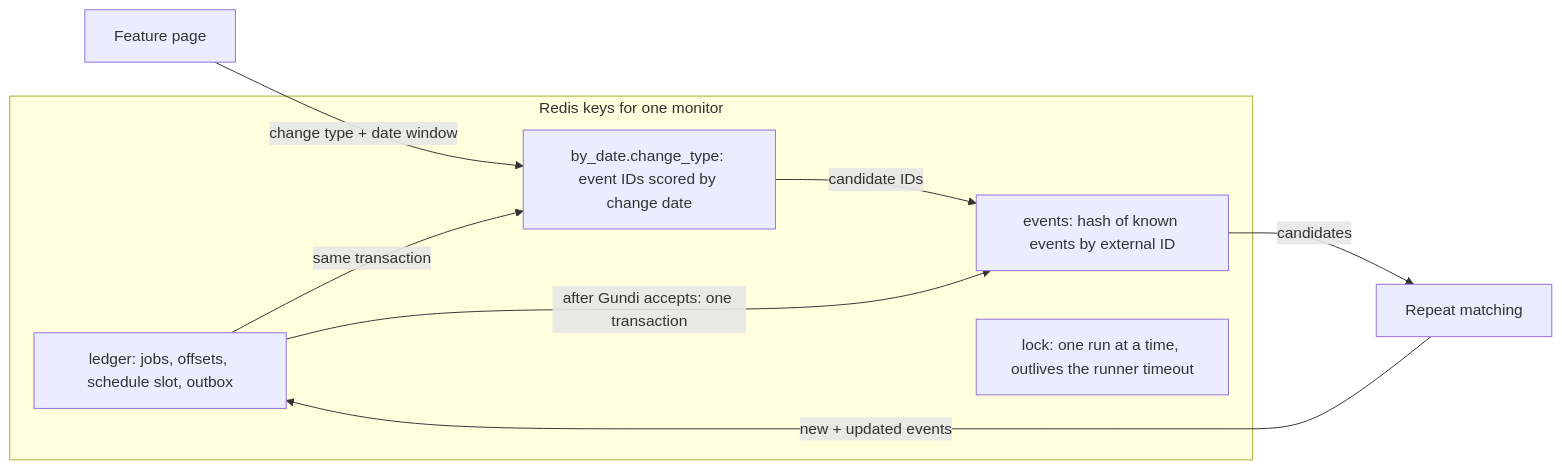
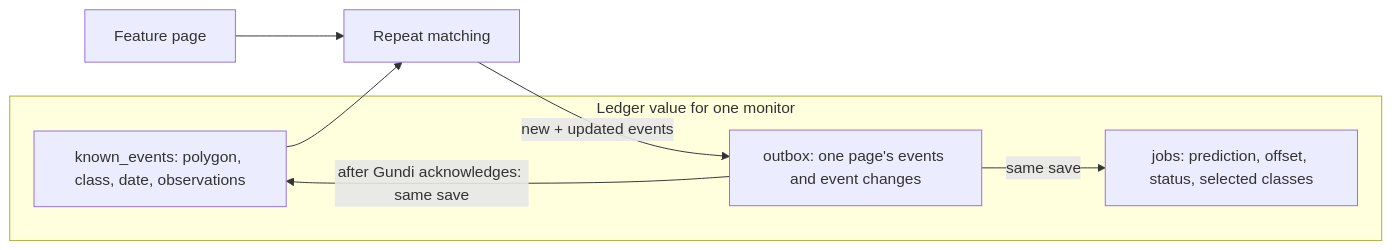
Before and after one commit to PADAS/gundi-integration-olmoearth: the second of 3 diagrams in docs/gundi-earthranger-workflow.md, drawn with Mermaid. The commit also changed other lines of this file and 14 other files, not shown here.

First line of the commit message:
Cut over-architecture from the LCC monitor

````diff
--- a/docs/gundi-earthranger-workflow.md
+++ b/docs/gundi-earthranger-workflow.md
@@ -66,15 +66,13 @@
 ```mermaid
 flowchart LR
-    subgraph Redis["Redis keys for one monitor"]
-        Ledger["ledger: jobs, offsets, schedule slot, outbox"]
-        Events["events: hash of known events by external ID"]
-        Index["by_date.change_type: event IDs scored by change date"]
-        Lock["lock: one run at a time, outlives the runner timeout"]
+    subgraph Ledger["Ledger value for one monitor"]
+        Jobs["jobs: prediction, offset, status, selected classes"]
+        Known["known_events: polygon, class, date, observations"]
+        Outbox["outbox: one page's events and event changes"]
     end
-    Page[Feature page] -->|change type + date window| Index
-    Index -->|candidate IDs| Events
-    Events -->|candidates| Match[Repeat matching]
-    Match -->|new + updated events| Ledger
-    Ledger -->|after Gundi accepts: one transaction| Events
-    Ledger -->|same transaction| Index
+    Page[Feature page] --> Match[Repeat matching]
+    Known --> Match
+    Match -->|new + updated events| Outbox
+    Outbox -->|after Gundi acknowledges: same save| Known
+    Outbox -->|same save| Jobs
 ```
````
